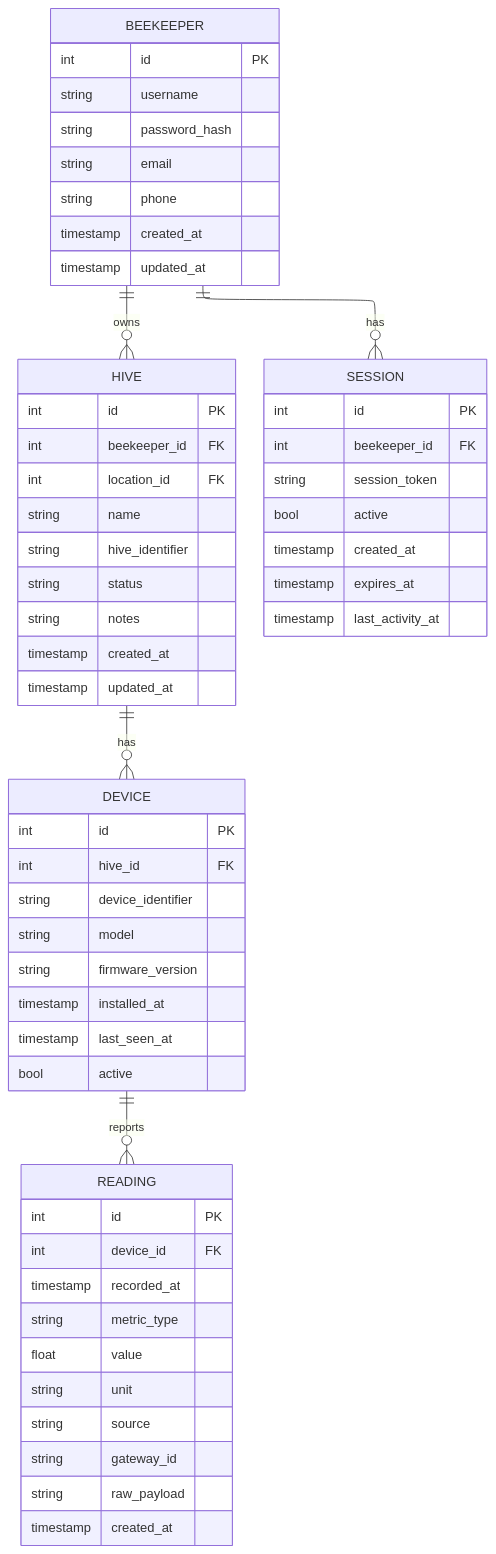
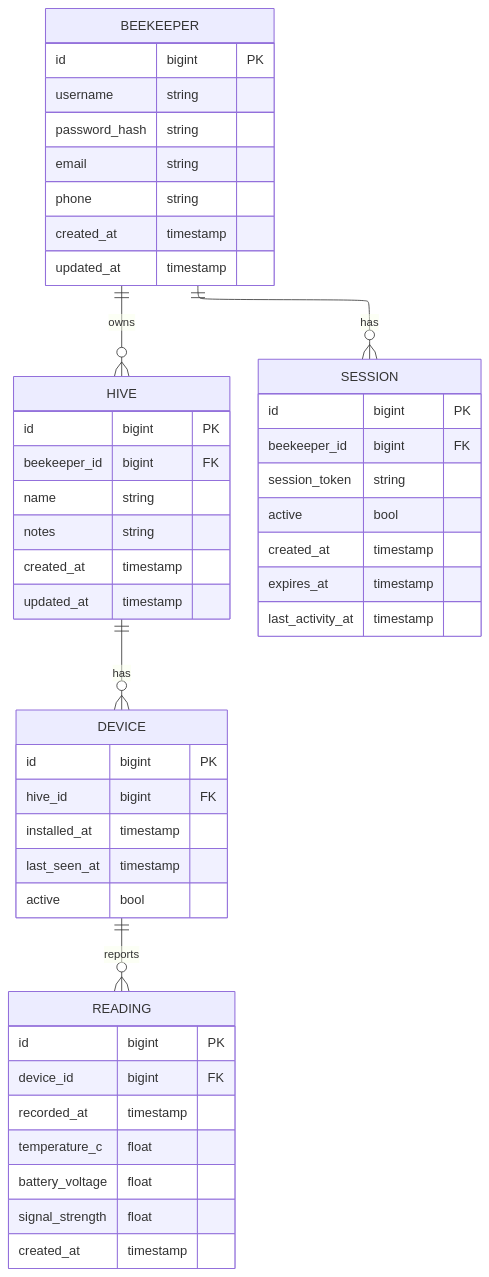
The diagram in backend/docs/asheville_erd_mvp.mmd (austinjclifton/Asheville), drawn with Mermaid before and after one commit. The commit also changed 3 other files, not shown here.

Commit message:
finalized MVP schema, deleted vite.svg

```diff
--- a/backend/docs/asheville_erd_mvp.mmd
+++ b/backend/docs/asheville_erd_mvp.mmd
@@ -1,69 +1,58 @@
 ---
 config:
   layout: elk
 ---
 erDiagram
     direction TB
 
     BEEKEEPER {
-        int id PK
-        string username
-        string password_hash
-        string email
-        string phone
-        timestamp created_at
-        timestamp updated_at
+        id bigint PK
+        username string
+        password_hash string
+        email string
+        phone string
+        created_at timestamp
+        updated_at timestamp
     }
 
     HIVE {
-        int id PK
-        int beekeeper_id FK
-        int location_id FK
-        string name
-        string hive_identifier
-        string status
-        string notes
-        timestamp created_at
-        timestamp updated_at
+        id bigint PK
+        beekeeper_id bigint FK
+        name string
+        notes string
+        created_at timestamp
+        updated_at timestamp
     }
 
     SESSION {
-        int id PK
-        int beekeeper_id FK
-        string session_token
-        bool active
-        timestamp created_at
-        timestamp expires_at
-        timestamp last_activity_at
+        id bigint PK
+        beekeeper_id bigint FK
+        session_token string
+        active bool
+        created_at timestamp
+        expires_at timestamp
+        last_activity_at timestamp
     }
 
     DEVICE {
-        int id PK
-        int hive_id FK
-        string device_identifier
-        string model
-        string firmware_version
-        timestamp installed_at
-        timestamp last_seen_at
-        bool active
+        id bigint PK
+        hive_id bigint FK
+        installed_at timestamp
+        last_seen_at timestamp
+        active bool
     }
 
     READING {
-        int id PK
-        int device_id FK
-        timestamp recorded_at
-        string metric_type
-        float value
-        string unit
-        string source
-        string gateway_id
-        string raw_payload
-        timestamp created_at
+        id bigint PK
+        device_id bigint FK
+        recorded_at timestamp
+        temperature_c float
+        battery_voltage float
+        signal_strength float
+        created_at timestamp
     }
-
-
 
     BEEKEEPER ||--o{ HIVE : owns
     BEEKEEPER ||--o{ SESSION : has
     HIVE ||--o{ DEVICE : has
     DEVICE ||--o{ READING : reports
```
